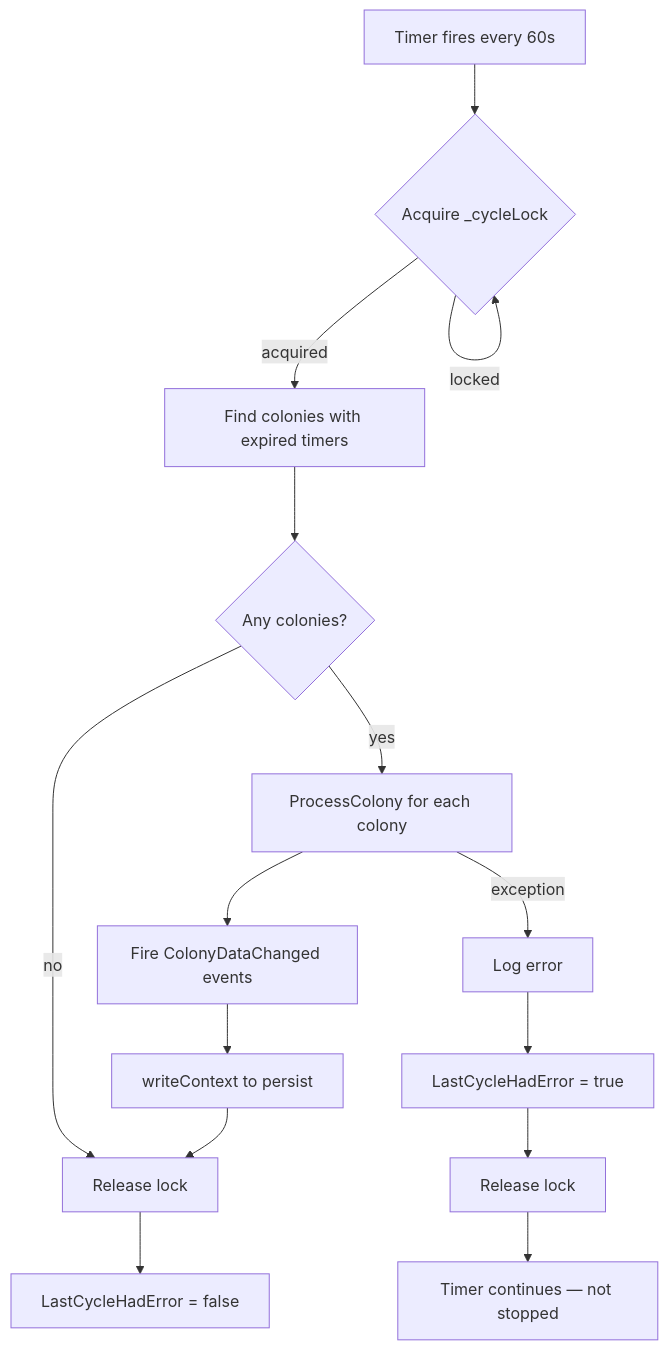
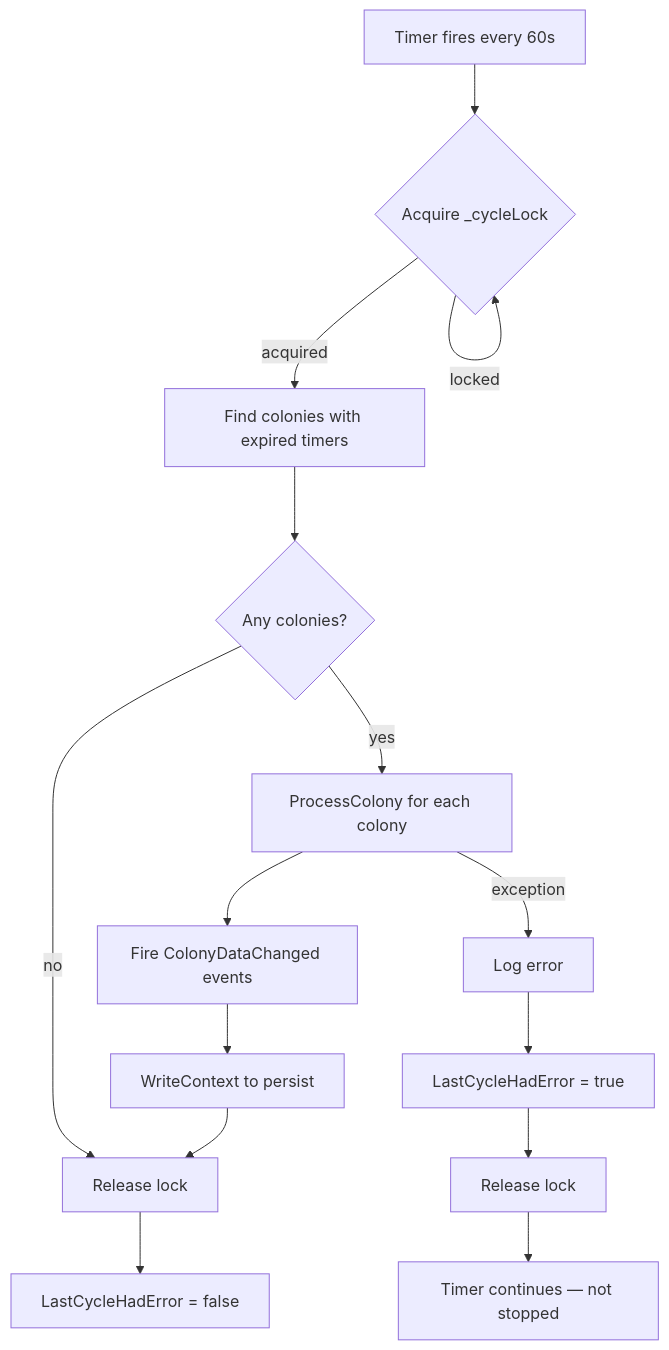
One commit to scalorn/OuterEmpires2EmpireTracker changed the diagram in spec/requirements/BackgroundProcessing.md. Above: the diagram before and after it, drawn with Mermaid. The commit also changed other lines of this file and 4 other files, not shown here.

````diff
--- a/spec/requirements/BackgroundProcessing.md
+++ b/spec/requirements/BackgroundProcessing.md
@@ -5,18 +5,18 @@
 ```mermaid
 flowchart TD
     A[Timer fires every 60s] --> B{Acquire _cycleLock}
     B -->|locked| B
     B -->|acquired| C[Find colonies with expired timers]
     C --> D{Any colonies?}
     D -->|no| H[Release lock]
     D -->|yes| E[ProcessColony for each colony]
     E --> F[Fire ColonyDataChanged events]
-    F --> G[writeContext to persist]
+    F --> G[WriteContext to persist]
     G --> H
     H --> I[LastCycleHadError = false]
 
     E -->|exception| ERR[Log error]
     ERR --> J[LastCycleHadError = true]
     J --> H2[Release lock]
     H2 --> K[Timer continues — not stopped]
 ```
````
